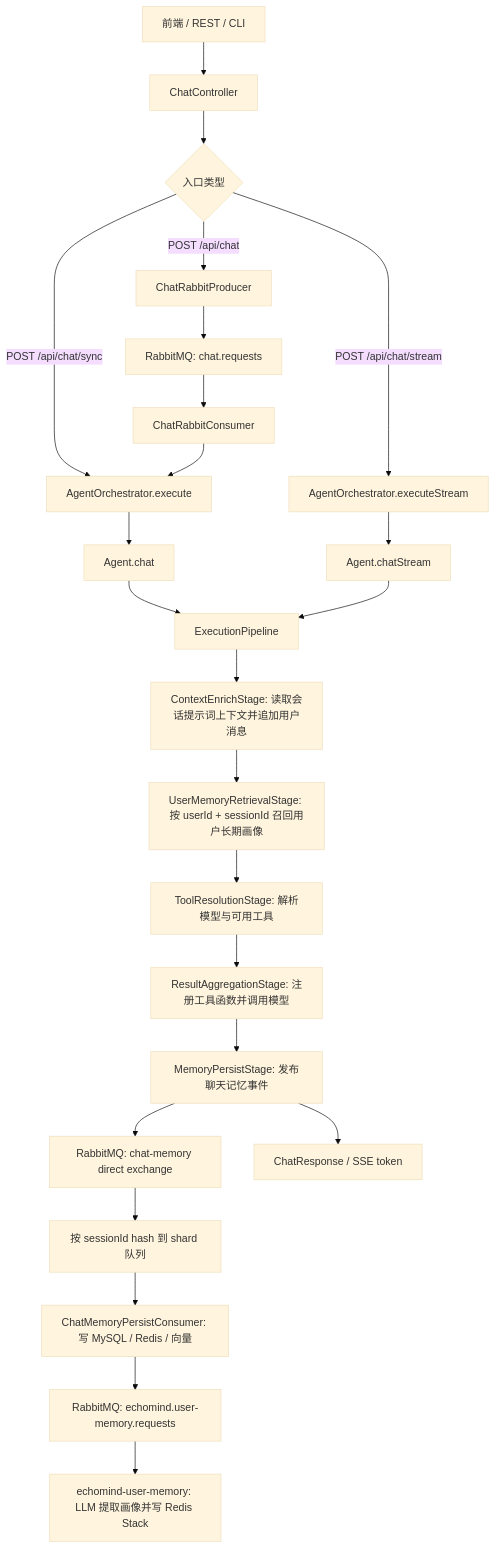
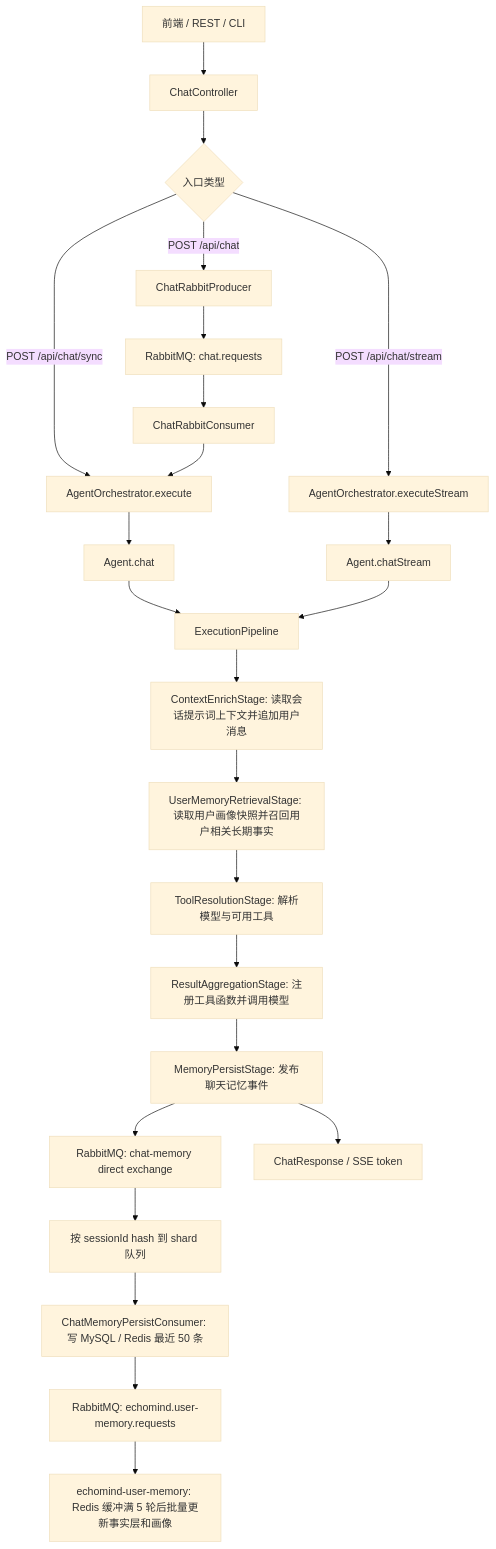
Before and after one commit to kaiyue-ai/EchoMind: the second of 4 diagrams in README.md, drawn with Mermaid (base theme). The commit also changed other lines of this file and 39 other files, not shown here.

Commit message:
feat: batch user memory updates

````diff
--- a/README.md
+++ b/README.md
@@ -73,26 +73,26 @@
 ```mermaid
 flowchart TD
     A["前端 / REST / CLI"] --> B["ChatController"]
     B --> C{"入口类型"}
     C -->|"POST /api/chat/sync"| D["AgentOrchestrator.execute"]
     C -->|"POST /api/chat"| E["ChatRabbitProducer"]
     E --> F["RabbitMQ: chat.requests"]
     F --> G["ChatRabbitConsumer"]
     G --> D
     C -->|"POST /api/chat/stream"| H["AgentOrchestrator.executeStream"]
     D --> I["Agent.chat"]
     H --> J["Agent.chatStream"]
     I --> K["ExecutionPipeline"]
     J --> K
     K --> L["ContextEnrichStage: 读取会话提示词上下文并追加用户消息"]
-    L --> U["UserMemoryRetrievalStage: 按 userId + sessionId 召回用户长期画像"]
+    L --> U["UserMemoryRetrievalStage: 读取用户画像快照并召回用户相关长期事实"]
     U --> M["ToolResolutionStage: 解析模型与可用工具"]
     M --> O["ResultAggregationStage: 注册工具函数并调用模型"]
     O --> P["MemoryPersistStage: 发布聊天记忆事件"]
     P --> V["RabbitMQ: chat-memory direct exchange"]
     V --> W["按 sessionId hash 到 shard 队列"]
-    W --> X["ChatMemoryPersistConsumer: 写 MySQL / Redis / 向量"]
+    W --> X["ChatMemoryPersistConsumer: 写 MySQL / Redis 最近 50 条"]
     X --> R["RabbitMQ: echomind.user-memory.requests"]
-    R --> S["echomind-user-memory: LLM 提取画像并写 Redis Stack"]
+    R --> S["echomind-user-memory: Redis 缓冲满 5 轮后批量更新事实层和画像"]
     P --> Q["ChatResponse / SSE token"]
 ```
````
